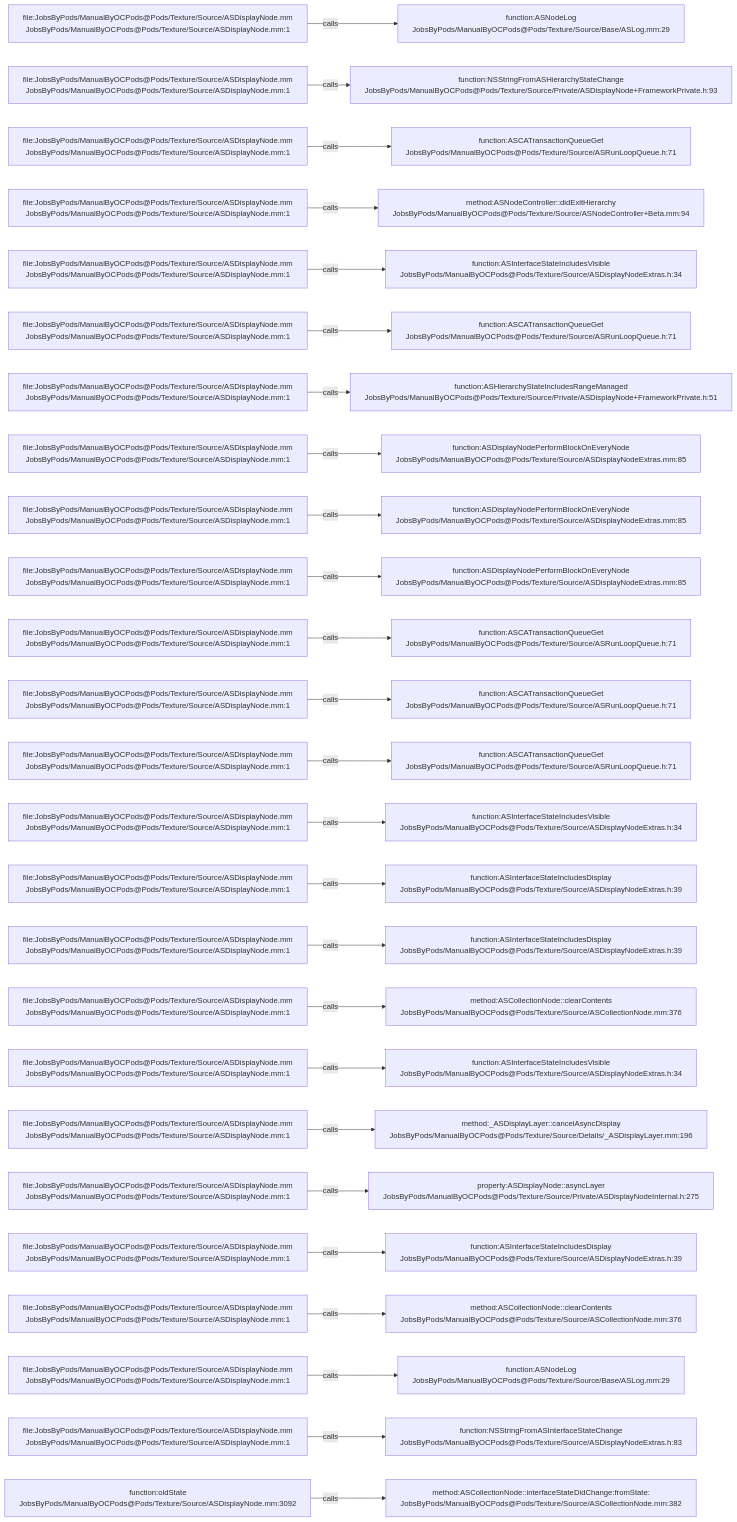
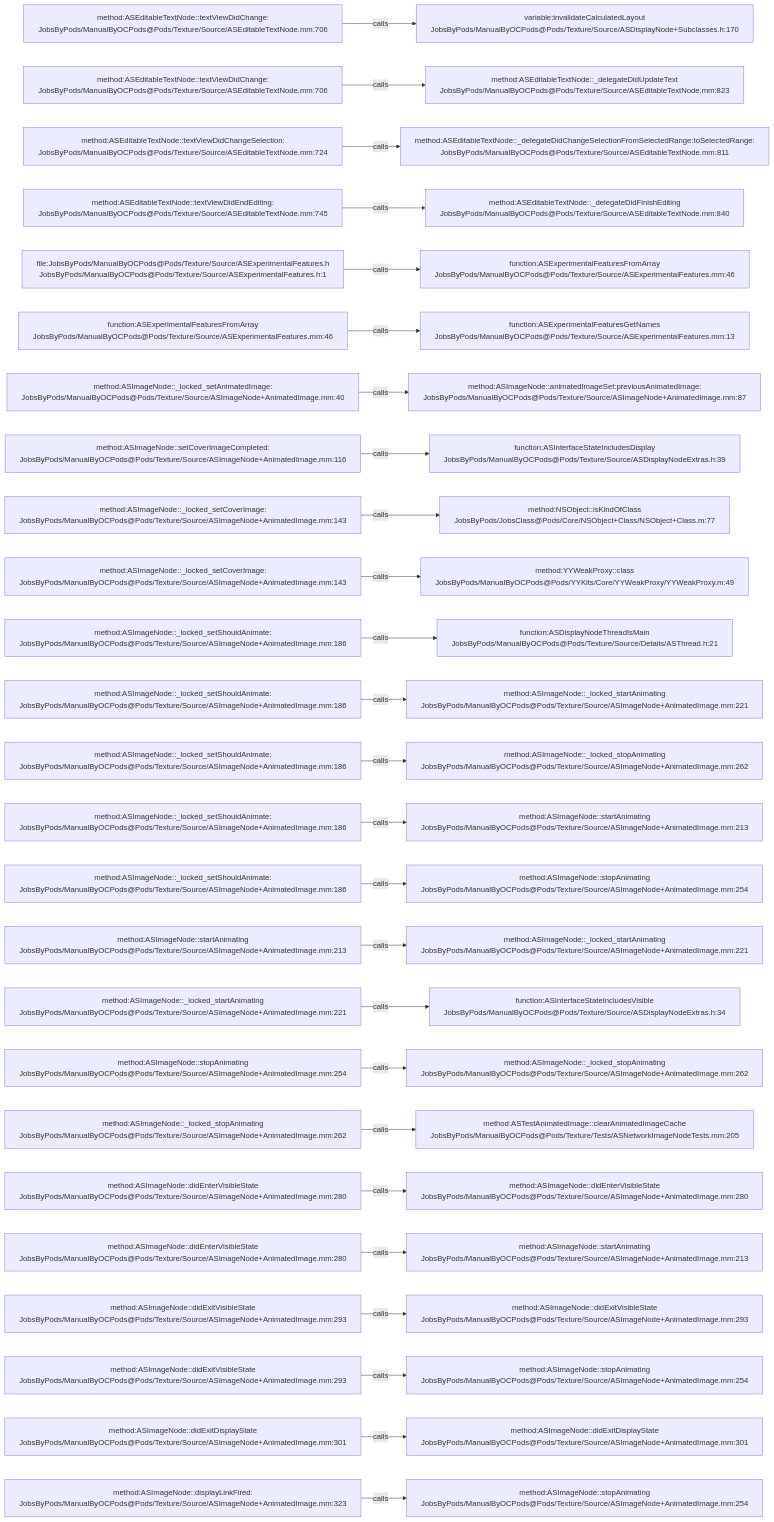
Before and after one commit to JobsKits/JobsOCBaseConfigDemo: the diagram in .codegraph/codegraph.md/graphs/calls-110.md, drawn with Mermaid. The commit also changed 1223 other files, not shown here.

````diff
--- a/.codegraph/codegraph.md/graphs/calls-110.md
+++ b/.codegraph/codegraph.md/graphs/calls-110.md
@@ -13,78 +13,78 @@
 ```mermaid
 flowchart LR
-  S1["file:JobsByPods/ManualByOCPods@Pods/Texture/Source/ASDisplayNode.mm<br/>JobsByPods/ManualByOCPods@Pods/Texture/Source/ASDisplayNode.mm:1"]
-  T1["function:ASNodeLog<br/>JobsByPods/ManualByOCPods@Pods/Texture/Source/Base/ASLog.mm:29"]
+  S1["method:ASEditableTextNode::textViewDidChange:<br/>JobsByPods/ManualByOCPods@Pods/Texture/Source/ASEditableTextNode.mm:706"]
+  T1["variable:invalidateCalculatedLayout<br/>JobsByPods/ManualByOCPods@Pods/Texture/Source/ASDisplayNode+Subclasses.h:170"]
   S1 -->|calls| T1
-  S2["file:JobsByPods/ManualByOCPods@Pods/Texture/Source/ASDisplayNode.mm<br/>JobsByPods/ManualByOCPods@Pods/Texture/Source/ASDisplayNode.mm:1"]
-  T2["function:NSStringFromASHierarchyStateChange<br/>JobsByPods/ManualByOCPods@Pods/Texture/Source/Private/ASDisplayNode+FrameworkPrivate.h:93"]
+  S2["method:ASEditableTextNode::textViewDidChange:<br/>JobsByPods/ManualByOCPods@Pods/Texture/Source/ASEditableTextNode.mm:706"]
+  T2["method:ASEditableTextNode::_delegateDidUpdateText<br/>JobsByPods/ManualByOCPods@Pods/Texture/Source/ASEditableTextNode.mm:823"]
   S2 -->|calls| T2
-  S3["file:JobsByPods/ManualByOCPods@Pods/Texture/Source/ASDisplayNode.mm<br/>JobsByPods/ManualByOCPods@Pods/Texture/Source/ASDisplayNode.mm:1"]
-  T3["function:ASCATransactionQueueGet<br/>JobsByPods/ManualByOCPods@Pods/Texture/Source/ASRunLoopQueue.h:71"]
+  S3["method:ASEditableTextNode::textViewDidChangeSelection:<br/>JobsByPods/ManualByOCPods@Pods/Texture/Source/ASEditableTextNode.mm:724"]
+  T3["method:ASEditableTextNode::_delegateDidChangeSelectionFromSelectedRange:toSelectedRange:<br/>JobsByPods/ManualByOCPods@Pods/Texture/Source/ASEditableTextNode.mm:811"]
   S3 -->|calls| T3
-  S4["file:JobsByPods/ManualByOCPods@Pods/Texture/Source/ASDisplayNode.mm<br/>JobsByPods/ManualByOCPods@Pods/Texture/Source/ASDisplayNode.mm:1"]
-  T4["method:ASNodeController::didExitHierarchy<br/>JobsByPods/ManualByOCPods@Pods/Texture/Source/ASNodeController+Beta.mm:94"]
+  S4["method:ASEditableTextNode::textViewDidEndEditing:<br/>JobsByPods/ManualByOCPods@Pods/Texture/Source/ASEditableTextNode.mm:745"]
+  T4["method:ASEditableTextNode::_delegateDidFinishEditing<br/>JobsByPods/ManualByOCPods@Pods/Texture/Source/ASEditableTextNode.mm:840"]
   S4 -->|calls| T4
-  S5["file:JobsByPods/ManualByOCPods@Pods/Texture/Source/ASDisplayNode.mm<br/>JobsByPods/ManualByOCPods@Pods/Texture/Source/ASDisplayNode.mm:1"]
-  T5["function:ASInterfaceStateIncludesVisible<br/>JobsByPods/ManualByOCPods@Pods/Texture/Source/ASDisplayNodeExtras.h:34"]
+  S5["file:JobsByPods/ManualByOCPods@Pods/Texture/Source/ASExperimentalFeatures.h<br/>JobsByPods/ManualByOCPods@Pods/Texture/Source/ASExperimentalFeatures.h:1"]
+  T5["function:ASExperimentalFeaturesFromArray<br/>JobsByPods/ManualByOCPods@Pods/Texture/Source/ASExperimentalFeatures.mm:46"]
   S5 -->|calls| T5
-  S6["file:JobsByPods/ManualByOCPods@Pods/Texture/Source/ASDisplayNode.mm<br/>JobsByPods/ManualByOCPods@Pods/Texture/Source/ASDisplayNode.mm:1"]
-  T6["function:ASCATransactionQueueGet<br/>JobsByPods/ManualByOCPods@Pods/Texture/Source/ASRunLoopQueue.h:71"]
+  S6["function:ASExperimentalFeaturesFromArray<br/>JobsByPods/ManualByOCPods@Pods/Texture/Source/ASExperimentalFeatures.mm:46"]
+  T6["function:ASExperimentalFeaturesGetNames<br/>JobsByPods/ManualByOCPods@Pods/Texture/Source/ASExperimentalFeatures.mm:13"]
   S6 -->|calls| T6
-  S7["file:JobsByPods/ManualByOCPods@Pods/Texture/Source/ASDisplayNode.mm<br/>JobsByPods/ManualByOCPods@Pods/Texture/Source/ASDisplayNode.mm:1"]
-  T7["function:ASHierarchyStateIncludesRangeManaged<br/>JobsByPods/ManualByOCPods@Pods/Texture/Source/Private/ASDisplayNode+FrameworkPrivate.h:51"]
+  S7["method:ASImageNode::_locked_setAnimatedImage:<br/>JobsByPods/ManualByOCPods@Pods/Texture/Source/ASImageNode+AnimatedImage.mm:40"]
+  T7["method:ASImageNode::animatedImageSet:previousAnimatedImage:<br/>JobsByPods/ManualByOCPods@Pods/Texture/Source/ASImageNode+AnimatedImage.mm:87"]
   S7 -->|calls| T7
-  S8["file:JobsByPods/ManualByOCPods@Pods/Texture/Source/ASDisplayNode.mm<br/>JobsByPods/ManualByOCPods@Pods/Texture/Source/ASDisplayNode.mm:1"]
-  T8["function:ASDisplayNodePerformBlockOnEveryNode<br/>JobsByPods/ManualByOCPods@Pods/Texture/Source/ASDisplayNodeExtras.mm:85"]
+  S8["method:ASImageNode::setCoverImageCompleted:<br/>JobsByPods/ManualByOCPods@Pods/Texture/Source/ASImageNode+AnimatedImage.mm:116"]
+  T8["function:ASInterfaceStateIncludesDisplay<br/>JobsByPods/ManualByOCPods@Pods/Texture/Source/ASDisplayNodeExtras.h:39"]
   S8 -->|calls| T8
-  S9["file:JobsByPods/ManualByOCPods@Pods/Texture/Source/ASDisplayNode.mm<br/>JobsByPods/ManualByOCPods@Pods/Texture/Source/ASDisplayNode.mm:1"]
-  T9["function:ASDisplayNodePerformBlockOnEveryNode<br/>JobsByPods/ManualByOCPods@Pods/Texture/Source/ASDisplayNodeExtras.mm:85"]
+  S9["method:ASImageNode::_locked_setCoverImage:<br/>JobsByPods/ManualByOCPods@Pods/Texture/Source/ASImageNode+AnimatedImage.mm:143"]
+  T9["method:NSObject::isKindOfClass<br/>JobsByPods/JobsClass@Pods/Core/NSObject+Class/NSObject+Class.m:77"]
   S9 -->|calls| T9
-  S10["file:JobsByPods/ManualByOCPods@Pods/Texture/Source/ASDisplayNode.mm<br/>JobsByPods/ManualByOCPods@Pods/Texture/Source/ASDisplayNode.mm:1"]
-  T10["function:ASDisplayNodePerformBlockOnEveryNode<br/>JobsByPods/ManualByOCPods@Pods/Texture/Source/ASDisplayNodeExtras.mm:85"]
+  S10["method:ASImageNode::_locked_setCoverImage:<br/>JobsByPods/ManualByOCPods@Pods/Texture/Source/ASImageNode+AnimatedImage.mm:143"]
+  T10["method:YYWeakProxy::class<br/>JobsByPods/ManualByOCPods@Pods/YYKits/Core/YYWeakProxy/YYWeakProxy.m:49"]
   S10 -->|calls| T10
-  S11["file:JobsByPods/ManualByOCPods@Pods/Texture/Source/ASDisplayNode.mm<br/>JobsByPods/ManualByOCPods@Pods/Texture/Source/ASDisplayNode.mm:1"]
-  T11["function:ASCATransactionQueueGet<br/>JobsByPods/ManualByOCPods@Pods/Texture/Source/ASRunLoopQueue.h:71"]
+  S11["method:ASImageNode::_locked_setShouldAnimate:<br/>JobsByPods/ManualByOCPods@Pods/Texture/Source/ASImageNode+AnimatedImage.mm:186"]
+  T11["function:ASDisplayNodeThreadIsMain<br/>JobsByPods/ManualByOCPods@Pods/Texture/Source/Details/ASThread.h:21"]
   S11 -->|calls| T11
-  S12["file:JobsByPods/ManualByOCPods@Pods/Texture/Source/ASDisplayNode.mm<br/>JobsByPods/ManualByOCPods@Pods/Texture/Source/ASDisplayNode.mm:1"]
-  T12["function:ASCATransactionQueueGet<br/>JobsByPods/ManualByOCPods@Pods/Texture/Source/ASRunLoopQueue.h:71"]
+  S12["method:ASImageNode::_locked_setShouldAnimate:<br/>JobsByPods/ManualByOCPods@Pods/Texture/Source/ASImageNode+AnimatedImage.mm:186"]
+  T12["method:ASImageNode::_locked_startAnimating<br/>JobsByPods/ManualByOCPods@Pods/Texture/Source/ASImageNode+AnimatedImage.mm:221"]
   S12 -->|calls| T12
-  S13["file:JobsByPods/ManualByOCPods@Pods/Texture/Source/ASDisplayNode.mm<br/>JobsByPods/ManualByOCPods@Pods/Texture/Source/ASDisplayNode.mm:1"]
-  T13["function:ASCATransactionQueueGet<br/>JobsByPods/ManualByOCPods@Pods/Texture/Source/ASRunLoopQueue.h:71"]
+  S13["method:ASImageNode::_locked_setShouldAnimate:<br/>JobsByPods/ManualByOCPods@Pods/Texture/Source/ASImageNode+AnimatedImage.mm:186"]
+  T13["method:ASImageNode::_locked_stopAnimating<br/>JobsByPods/ManualByOCPods@Pods/Texture/Source/ASImageNode+AnimatedImage.mm:262"]
   S13 -->|calls| T13
-  S14["file:JobsByPods/ManualByOCPods@Pods/Texture/Source/ASDisplayNode.mm<br/>JobsByPods/ManualByOCPods@Pods/Texture/Source/ASDisplayNode.mm:1"]
-  T14["function:ASInterfaceStateIncludesVisible<br/>JobsByPods/ManualByOCPods@Pods/Texture/Source/ASDisplayNodeExtras.h:34"]
+  S14["method:ASImageNode::_locked_setShouldAnimate:<br/>JobsByPods/ManualByOCPods@Pods/Texture/Source/ASImageNode+AnimatedImage.mm:186"]
+  T14["method:ASImageNode::startAnimating<br/>JobsByPods/ManualByOCPods@Pods/Texture/Source/ASImageNode+AnimatedImage.mm:213"]
   S14 -->|calls| T14
-  S15["file:JobsByPods/ManualByOCPods@Pods/Texture/Source/ASDisplayNode.mm<br/>JobsByPods/ManualByOCPods@Pods/Texture/Source/ASDisplayNode.mm:1"]
-  T15["function:ASInterfaceStateIncludesDisplay<br/>JobsByPods/ManualByOCPods@Pods/Texture/Source/ASDisplayNodeExtras.h:39"]
+  S15["method:ASImageNode::_locked_setShouldAnimate:<br/>JobsByPods/ManualByOCPods@Pods/Texture/Source/ASImageNode+AnimatedImage.mm:186"]
+  T15["method:ASImageNode::stopAnimating<br/>JobsByPods/ManualByOCPods@Pods/Texture/Source/ASImageNode+AnimatedImage.mm:254"]
   S15 -->|calls| T15
-  S16["file:JobsByPods/ManualByOCPods@Pods/Texture/Source/ASDisplayNode.mm<br/>JobsByPods/ManualByOCPods@Pods/Texture/Source/ASDisplayNode.mm:1"]
-  T16["function:ASInterfaceStateIncludesDisplay<br/>JobsByPods/ManualByOCPods@Pods/Texture/Source/ASDisplayNodeExtras.h:39"]
+  S16["method:ASImageNode::startAnimating<br/>JobsByPods/ManualByOCPods@Pods/Texture/Source/ASImageNode+AnimatedImage.mm:213"]
+  T16["method:ASImageNode::_locked_startAnimating<br/>JobsByPods/ManualByOCPods@Pods/Texture/Source/ASImageNode+AnimatedImage.mm:221"]
   S16 -->|calls| T16
-  S17["file:JobsByPods/ManualByOCPods@Pods/Texture/Source/ASDisplayNode.mm<br/>JobsByPods/ManualByOCPods@Pods/Texture/Source/ASDisplayNode.mm:1"]
-  T17["method:ASCollectionNode::clearContents<br/>JobsByPods/ManualByOCPods@Pods/Texture/Source/ASCollectionNode.mm:376"]
+  S17["method:ASImageNode::_locked_startAnimating<br/>JobsByPods/ManualByOCPods@Pods/Texture/Source/ASImageNode+AnimatedImage.mm:221"]
+  T17["function:ASInterfaceStateIncludesVisible<br/>JobsByPods/ManualByOCPods@Pods/Texture/Source/ASDisplayNodeExtras.h:34"]
   S17 -->|calls| T17
-  S18["file:JobsByPods/ManualByOCPods@Pods/Texture/Source/ASDisplayNode.mm<br/>JobsByPods/ManualByOCPods@Pods/Texture/Source/ASDisplayNode.mm:1"]
-  T18["function:ASInterfaceStateIncludesVisible<br/>JobsByPods/ManualByOCPods@Pods/Texture/Source/ASDisplayNodeExtras.h:34"]
+  S18["method:ASImageNode::stopAnimating<br/>JobsByPods/ManualByOCPods@Pods/Texture/Source/ASImageNode+AnimatedImage.mm:254"]
+  T18["method:ASImageNode::_locked_stopAnimating<br/>JobsByPods/ManualByOCPods@Pods/Texture/Source/ASImageNode+AnimatedImage.mm:262"]
   S18 -->|calls| T18
-  S19["file:JobsByPods/ManualByOCPods@Pods/Texture/Source/ASDisplayNode.mm<br/>JobsByPods/ManualByOCPods@Pods/Texture/Source/ASDisplayNode.mm:1"]
-  T19["method:_ASDisplayLayer::cancelAsyncDisplay<br/>JobsByPods/ManualByOCPods@Pods/Texture/Source/Details/_ASDisplayLayer.mm:196"]
+  S19["method:ASImageNode::_locked_stopAnimating<br/>JobsByPods/ManualByOCPods@Pods/Texture/Source/ASImageNode+AnimatedImage.mm:262"]
+  T19["method:ASTestAnimatedImage::clearAnimatedImageCache<br/>JobsByPods/ManualByOCPods@Pods/Texture/Tests/ASNetworkImageNodeTests.mm:205"]
   S19 -->|calls| T19
-  S20["file:JobsByPods/ManualByOCPods@Pods/Texture/Source/ASDisplayNode.mm<br/>JobsByPods/ManualByOCPods@Pods/Texture/Source/ASDisplayNode.mm:1"]
-  T20["property:ASDisplayNode::asyncLayer<br/>JobsByPods/ManualByOCPods@Pods/Texture/Source/Private/ASDisplayNodeInternal.h:275"]
+  S20["method:ASImageNode::didEnterVisibleState<br/>JobsByPods/ManualByOCPods@Pods/Texture/Source/ASImageNode+AnimatedImage.mm:280"]
+  T20["method:ASImageNode::didEnterVisibleState<br/>JobsByPods/ManualByOCPods@Pods/Texture/Source/ASImageNode+AnimatedImage.mm:280"]
   S20 -->|calls| T20
-  S21["file:JobsByPods/ManualByOCPods@Pods/Texture/Source/ASDisplayNode.mm<br/>JobsByPods/ManualByOCPods@Pods/Texture/Source/ASDisplayNode.mm:1"]
-  T21["function:ASInterfaceStateIncludesDisplay<br/>JobsByPods/ManualByOCPods@Pods/Texture/Source/ASDisplayNodeExtras.h:39"]
+  S21["method:ASImageNode::didEnterVisibleState<br/>JobsByPods/ManualByOCPods@Pods/Texture/Source/ASImageNode+AnimatedImage.mm:280"]
+  T21["method:ASImageNode::startAnimating<br/>JobsByPods/ManualByOCPods@Pods/Texture/Source/ASImageNode+AnimatedImage.mm:213"]
   S21 -->|calls| T21
-  S22["file:JobsByPods/ManualByOCPods@Pods/Texture/Source/ASDisplayNode.mm<br/>JobsByPods/ManualByOCPods@Pods/Texture/Source/ASDisplayNode.mm:1"]
-  T22["method:ASCollectionNode::clearContents<br/>JobsByPods/ManualByOCPods@Pods/Texture/Source/ASCollectionNode.mm:376"]
+  S22["method:ASImageNode::didExitVisibleState<br/>JobsByPods/ManualByOCPods@Pods/Texture/Source/ASImageNode+AnimatedImage.mm:293"]
+  T22["method:ASImageNode::didExitVisibleState<br/>JobsByPods/ManualByOCPods@Pods/Texture/Source/ASImageNode+AnimatedImage.mm:293"]
   S22 -->|calls| T22
-  S23["file:JobsByPods/ManualByOCPods@Pods/Texture/Source/ASDisplayNode.mm<br/>JobsByPods/ManualByOCPods@Pods/Texture/Source/ASDisplayNode.mm:1"]
-  T23["function:ASNodeLog<br/>JobsByPods/ManualByOCPods@Pods/Texture/Source/Base/ASLog.mm:29"]
+  S23["method:ASImageNode::didExitVisibleState<br/>JobsByPods/ManualByOCPods@Pods/Texture/Source/ASImageNode+AnimatedImage.mm:293"]
+  T23["method:ASImageNode::stopAnimating<br/>JobsByPods/ManualByOCPods@Pods/Texture/Source/ASImageNode+AnimatedImage.mm:254"]
   S23 -->|calls| T23
-  S24["file:JobsByPods/ManualByOCPods@Pods/Texture/Source/ASDisplayNode.mm<br/>JobsByPods/ManualByOCPods@Pods/Texture/Source/ASDisplayNode.mm:1"]
-  T24["function:NSStringFromASInterfaceStateChange<br/>JobsByPods/ManualByOCPods@Pods/Texture/Source/ASDisplayNodeExtras.h:83"]
+  S24["method:ASImageNode::didExitDisplayState<br/>JobsByPods/ManualByOCPods@Pods/Texture/Source/ASImageNode+AnimatedImage.mm:301"]
+  T24["method:ASImageNode::didExitDisplayState<br/>JobsByPods/ManualByOCPods@Pods/Texture/Source/ASImageNode+AnimatedImage.mm:301"]
   S24 -->|calls| T24
-  S25["function:oldState<br/>JobsByPods/ManualByOCPods@Pods/Texture/Source/ASDisplayNode.mm:3092"]
-  T25["method:ASCollectionNode::interfaceStateDidChange:fromState:<br/>JobsByPods/ManualByOCPods@Pods/Texture/Source/ASCollectionNode.mm:382"]
+  S25["method:ASImageNode::displayLinkFired:<br/>JobsByPods/ManualByOCPods@Pods/Texture/Source/ASImageNode+AnimatedImage.mm:323"]
+  T25["method:ASImageNode::stopAnimating<br/>JobsByPods/ManualByOCPods@Pods/Texture/Source/ASImageNode+AnimatedImage.mm:254"]
   S25 -->|calls| T25
 ```
````
